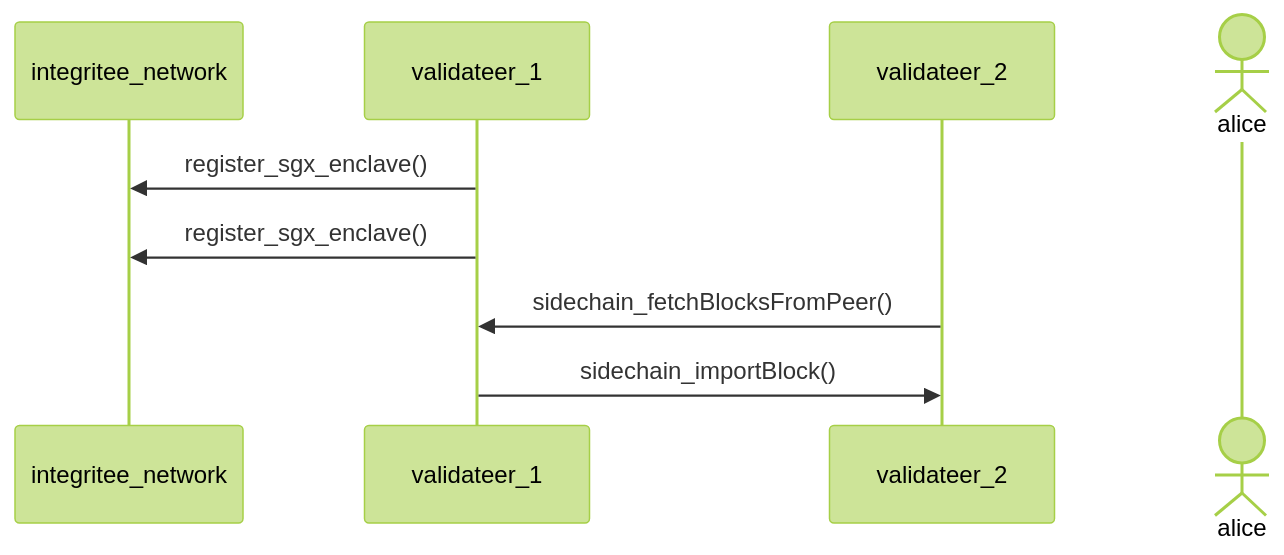
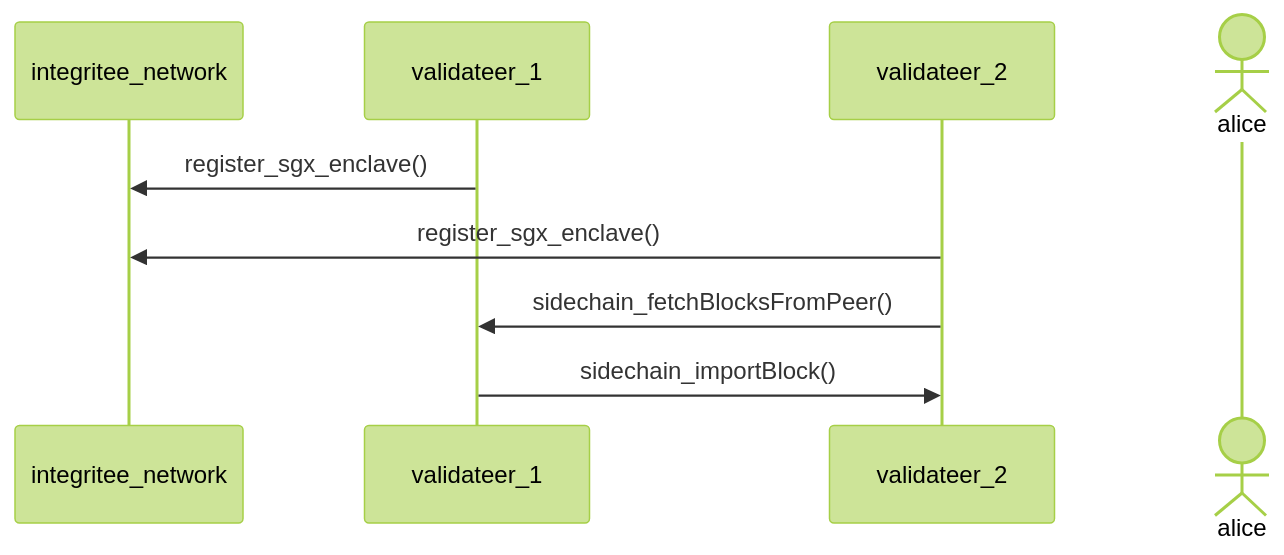
One commit to integritee-network/worker changed the second of 2 diagrams in DESIGN.md. Above: the diagram before and after it, drawn with Mermaid (forest theme).

Commit message:
fix diagram bug

````diff
--- a/DESIGN.md
+++ b/DESIGN.md
@@ -58,15 +58,15 @@
 ```mermaid
 sequenceDiagram
     participant integritee_network
     participant validateer_1
     participant validateer_2
     actor alice
     
     validateer_1 ->> integritee_network: register_sgx_enclave()
 
-    validateer_1 ->> integritee_network: register_sgx_enclave()
+    validateer_2 ->> integritee_network: register_sgx_enclave()
     
     validateer_2 ->> validateer_1: sidechain_fetchBlocksFromPeer()
 
     validateer_1 ->> validateer_2: sidechain_importBlock()
 ```
````
